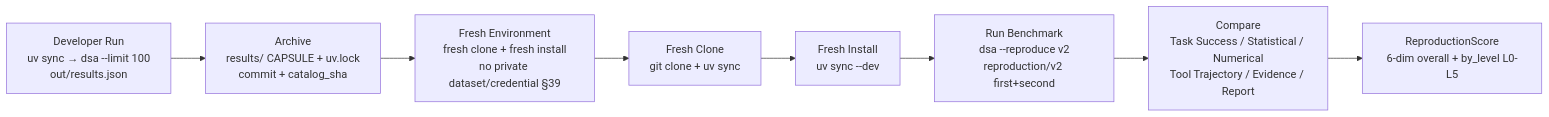
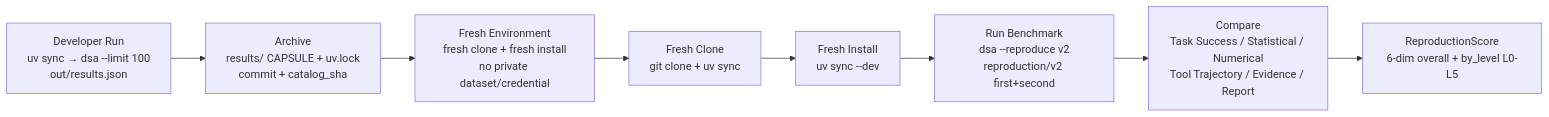
Before and after one commit to Jackxiaozhiren/data-science-agent: the seventh of 7 diagrams in docs/architecture.md, drawn with Mermaid. The commit also changed other lines of this file and 10 other files, not shown here.

````diff
--- a/docs/architecture.md
+++ b/docs/architecture.md
@@ -155,12 +155,12 @@
 ```mermaid
 flowchart LR
     DEV[Developer Run<br/>uv sync → dsa --limit 100<br/>out/results.json]
     ARC[Archive<br/>results/ CAPSULE + uv.lock<br/>commit + catalog_sha]
-    FRESH[Fresh Environment<br/>fresh clone + fresh install<br/>no private dataset/credential §39]
+    FRESH[Fresh Environment<br/>fresh clone + fresh install<br/>no private dataset/credential]
     CLONE[Fresh Clone<br/>git clone + uv sync]
     INST[Fresh Install<br/>uv sync --dev]
     RUN2[Run Benchmark<br/>dsa --reproduce v2<br/>reproduction/v2 first+second]
     CMP[Compare<br/>Task Success / Statistical / Numerical<br/>Tool Trajectory / Evidence / Report]
     SCO[ReproductionScore<br/>6-dim overall + by_level L0-L5]
     DEV --> ARC --> FRESH --> CLONE --> INST --> RUN2 --> CMP --> SCO
 ```
````
